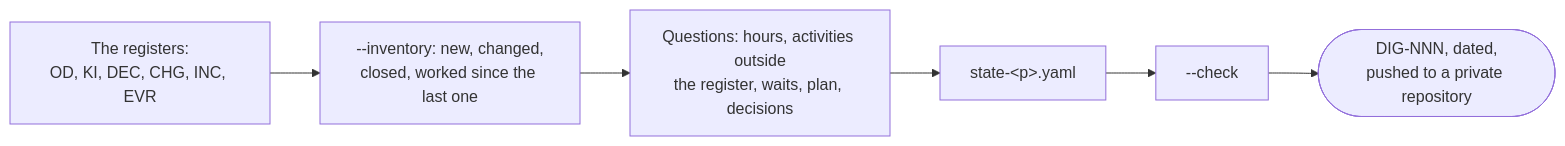
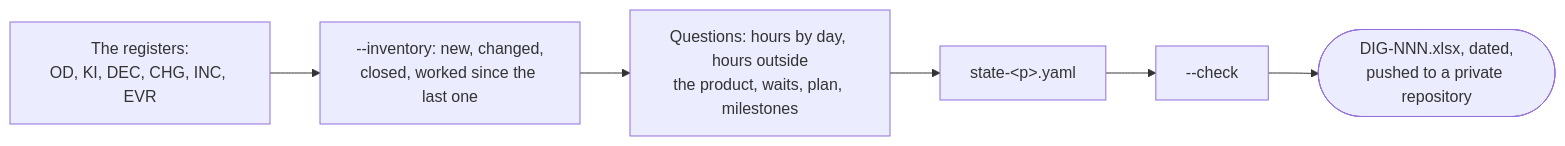
Diagram 18 of 25 in PROCESSES.md (gqkd/framework-data-ai), drawn with Mermaid before and after one commit. The commit also changed other lines of this file and 15 other files, not shown here.

````diff
--- a/PROCESSES.md
+++ b/PROCESSES.md
@@ -1022,8 +1023,8 @@
 ```mermaid
 flowchart LR
   reg["The registers:<br/>OD, KI, DEC, CHG, INC, EVR"] --> inv["--inventory: new, changed,<br/>closed, worked since the last one"]
-  inv --> ask["Questions: hours, activities outside<br/>the register, waits, plan, decisions"]
+  inv --> ask["Questions: hours by day, hours outside<br/>the product, waits, plan, milestones"]
   ask --> state["state-&lt;p&gt;.yaml"]
   state --> check["--check"]
-  check --> dig(["DIG-NNN, dated,<br/>pushed to a private repository"])
+  check --> dig(["DIG-NNN.xlsx, dated,<br/>pushed to a private repository"])
 ```
````
